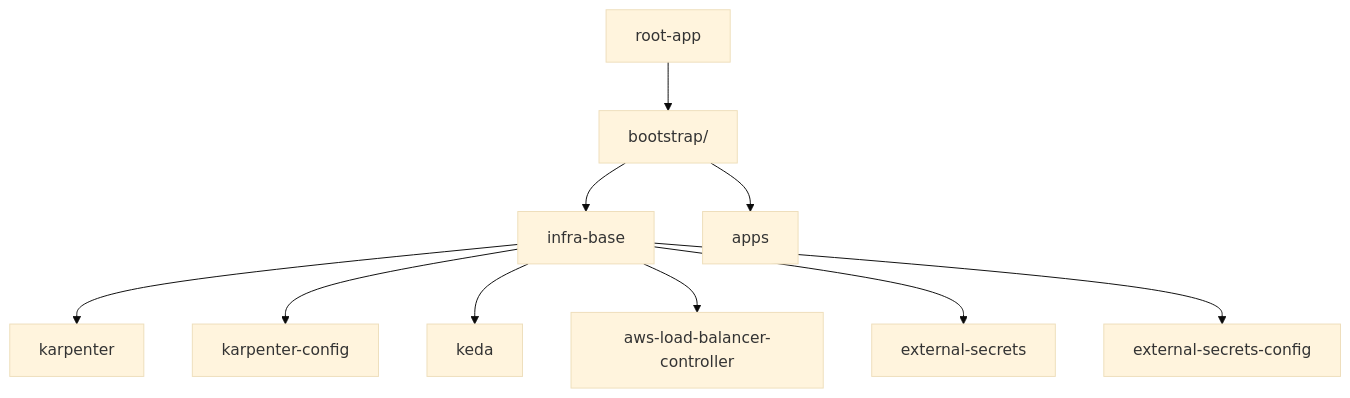
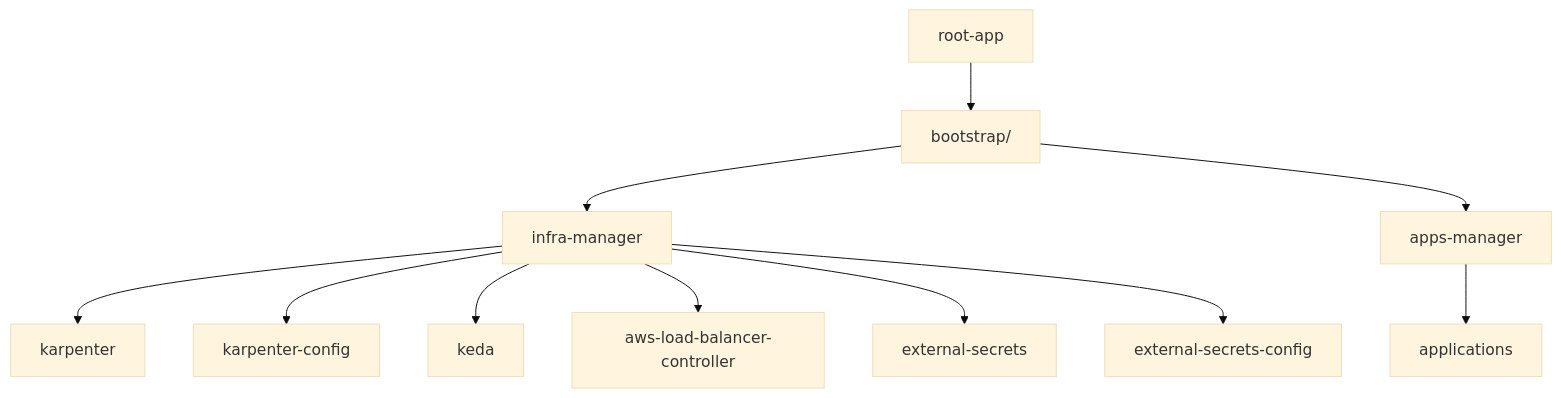
Before and after one commit to org-sam/infra-gitops: the diagram in README.md, drawn with Mermaid (base theme).

Commit message:
Enhance README with additional components in diagram
Updated the mermaid diagram to include 'infra-manager' and 'apps-manager'.

````diff
--- a/README.md
+++ b/README.md
@@ -34,12 +34,13 @@
 ```mermaid
 graph TD
     A[root-app] --> B[bootstrap/]
-    B --> C[infra-base]
-    B --> D[apps]
+    B --> C[infra-manager]
+    B --> D[apps-manager]
     C --> E[karpenter]
     C --> F[karpenter-config]
     C --> G[keda]
     C --> H[aws-load-balancer-controller]
     C --> I[external-secrets]
     C --> J[external-secrets-config]
+    D --> L[applications]
 ```
````
